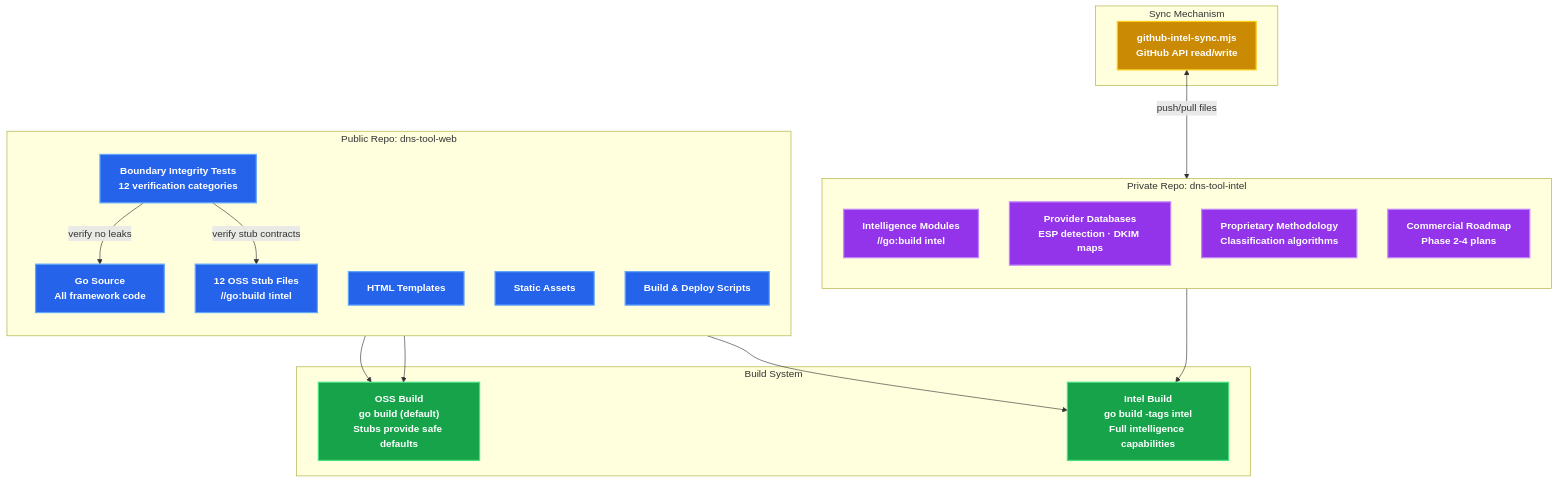
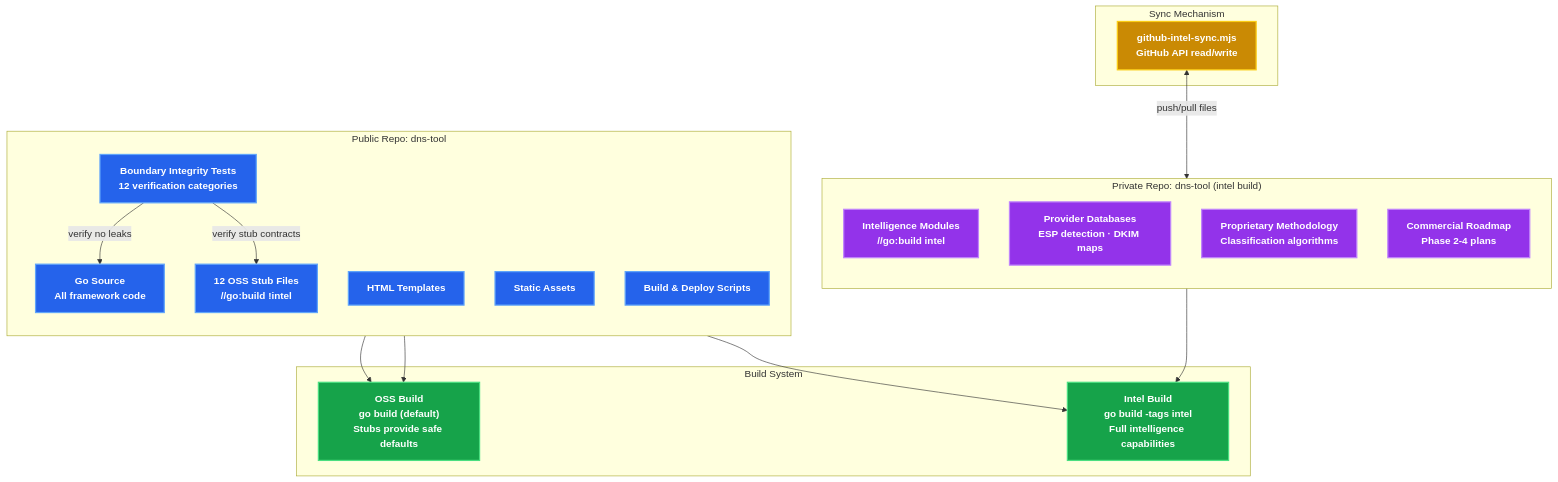
Before and after one commit to IT-Help-San-Diego/dns-tool-intel: the fourth of 11 diagrams in docs/architecture/SYSTEM_ARCHITECTURE.md, drawn with Mermaid. The commit also changed other lines of this file and 104 other files, not shown here.

````diff
--- a/docs/architecture/SYSTEM_ARCHITECTURE.md
+++ b/docs/architecture/SYSTEM_ARCHITECTURE.md
@@ -242,47 +242,47 @@
 ```mermaid
 graph TB
-    subgraph "Public Repo: dns-tool-web"
+    subgraph "Public Repo: dns-tool"
         direction TB
         PublicGo["Go Source<br/>All framework code"]
         Stubs["12 OSS Stub Files<br/>//go:build !intel"]
         Templates2["HTML Templates"]
         Static["Static Assets"]
         Tests["Boundary Integrity Tests<br/>12 verification categories"]
         Scripts["Build & Deploy Scripts"]
     end
 
-    subgraph "Private Repo: dns-tool-intel"
+    subgraph "Private Repo: dns-tool (intel build)"
         direction TB
         Intel["Intelligence Modules<br/>//go:build intel"]
         ProviderDB["Provider Databases<br/>ESP detection · DKIM maps"]
         Methodology["Proprietary Methodology<br/>Classification algorithms"]
         Commercial["Commercial Roadmap<br/>Phase 2-4 plans"]
     end
 
     subgraph "Build System"
         BuildOSS["OSS Build<br/>go build (default)<br/>Stubs provide safe defaults"]
         BuildIntel["Intel Build<br/>go build -tags intel<br/>Full intelligence capabilities"]
     end
 
     subgraph "Sync Mechanism"
         Sync["github-intel-sync.mjs<br/>GitHub API read/write"]
     end
 
     PublicGo --> BuildOSS
     Stubs --> BuildOSS
     PublicGo --> BuildIntel
     Intel --> BuildIntel
     Sync <-->|"push/pull files"| Intel
     Tests -->|"verify no leaks"| PublicGo
     Tests -->|"verify stub contracts"| Stubs
 
     classDef default fill:#2563eb,stroke:#60a5fa,stroke-width:2px,color:#f0f6fc
     classDef public fill:#2563eb,stroke:#60a5fa,stroke-width:2px,color:#fff,font-weight:bold
     classDef private fill:#9333ea,stroke:#c084fc,stroke-width:2px,color:#fff,font-weight:bold
     classDef build fill:#16a34a,stroke:#4ade80,stroke-width:2px,color:#fff,font-weight:bold
     classDef sync fill:#ca8a04,stroke:#facc15,stroke-width:2px,color:#fff,font-weight:bold
     class PublicGo,Stubs,Templates2,Static,Tests,Scripts public
     class Intel,ProviderDB,Methodology,Commercial private
     class BuildOSS,BuildIntel build
     class Sync sync
 ```
````
